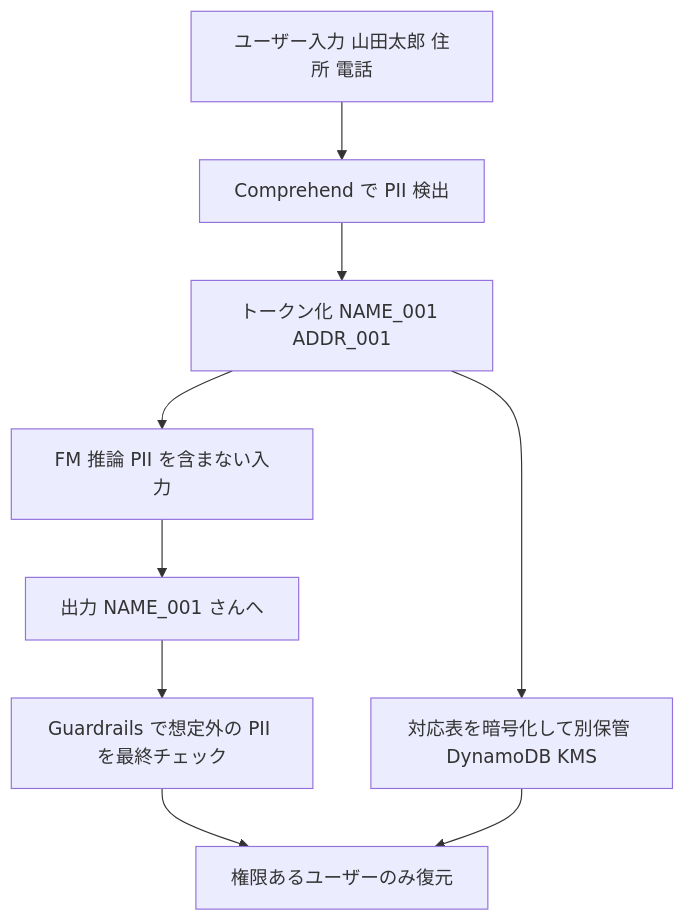
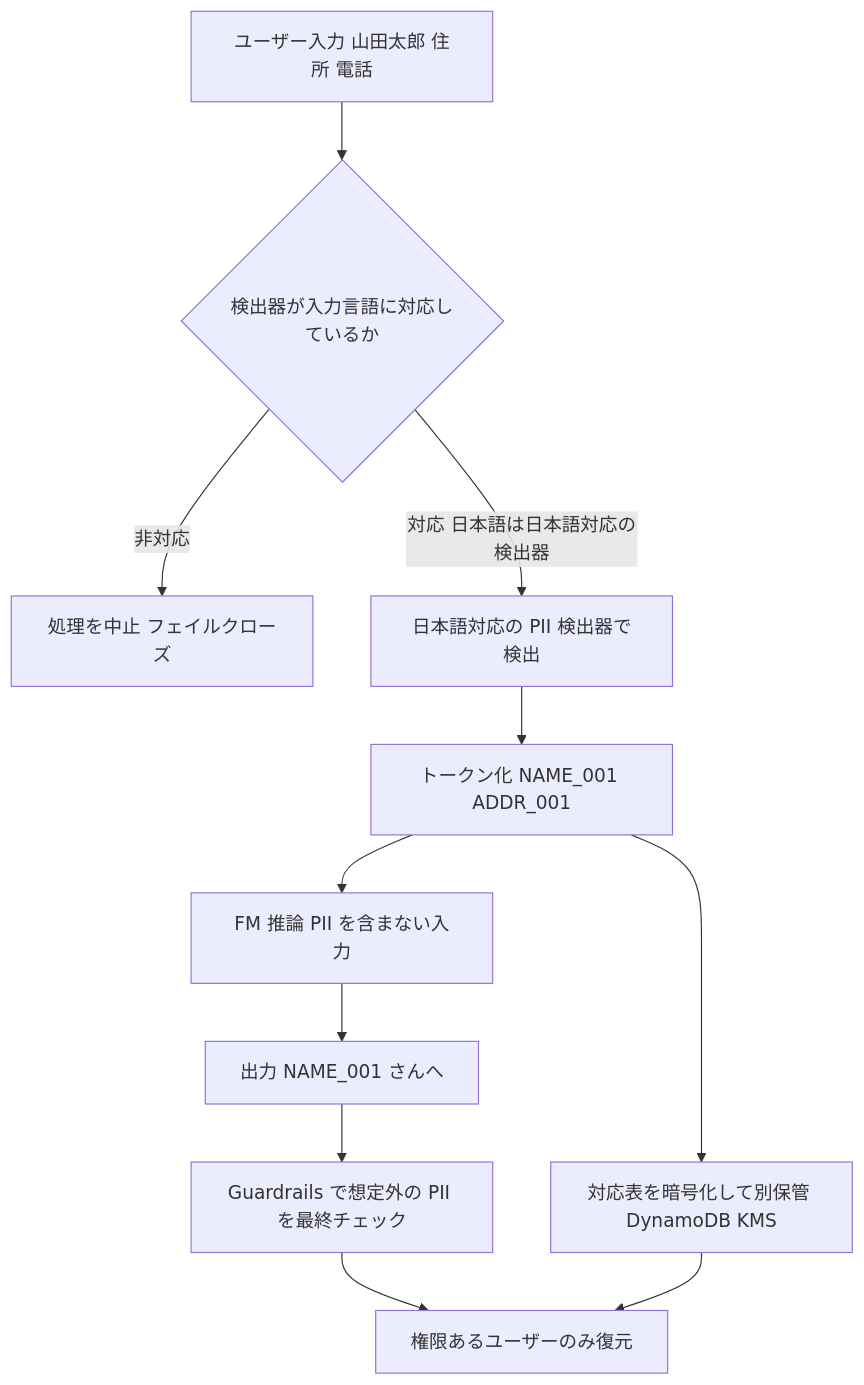
Before and after one commit to myoshi2891/Cloud-Infrastructure-and-Network-Studies: diagram 11 of 19 in Aws-aip-c01-domain3-ai-safety-security-governance-guide.md, drawn with Mermaid. The commit also changed 1 other file, not shown here.

Commit message:
docs(aws): strengthen log masking, query flow, and language-aware PII detection in AIP-C01 guides

````diff
--- a/Aws-aip-c01-domain3-ai-safety-security-governance-guide.md
+++ b/Aws-aip-c01-domain3-ai-safety-security-governance-guide.md
@@ -621,11 +621,13 @@
 ```mermaid
 flowchart TD
-    IN["ユーザー入力 山田太郎 住所 電話"] --> DET["Comprehend で PII 検出"]
+    IN["ユーザー入力 山田太郎 住所 電話"] --> LANG{"検出器が入力言語に対応しているか"}
+    LANG -->|"非対応"| BLK["処理を中止 フェイルクローズ"]
+    LANG -->|"対応 日本語は日本語対応の検出器"| DET["日本語対応の PII 検出器で検出"]
     DET --> TOK["トークン化 NAME_001 ADDR_001"]
     TOK --> MAP["対応表を暗号化して別保管 DynamoDB KMS"]
     TOK --> FM["FM 推論 PII を含まない入力"]
     FM --> OUT["出力 NAME_001 さんへ"]
     OUT --> GR["Guardrails で想定外の PII を最終チェック"]
     GR --> RES["権限あるユーザーのみ復元"]
     MAP --> RES
 ```
````
